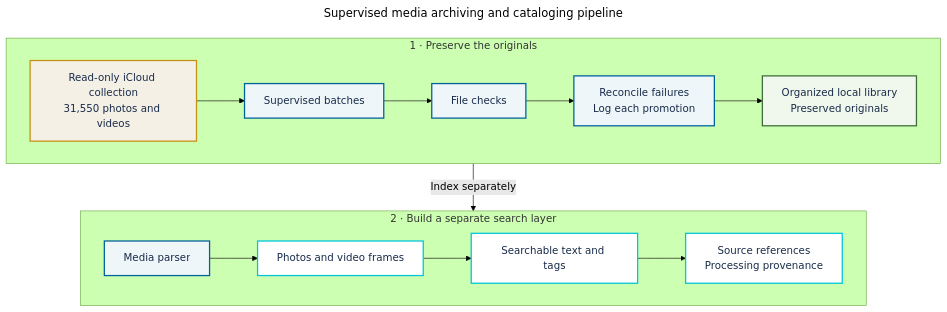
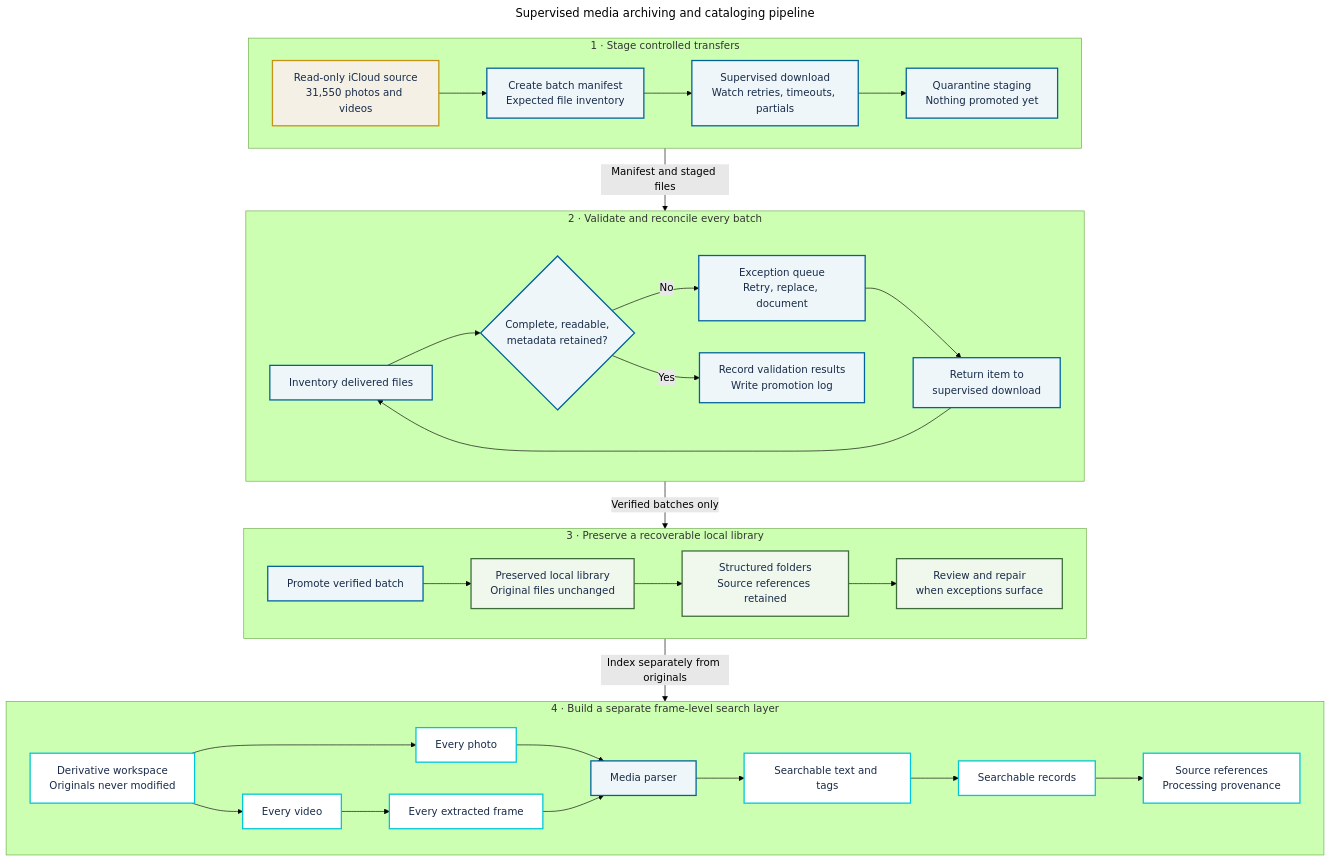
Before and after one commit to BoomerRawlings/boomerrawlings.com: the diagram in src/diagrams/media-archive.mmd, drawn with Mermaid (forest theme). The commit also changed 37 other files, not shown here.

```diff
--- a/src/diagrams/media-archive.mmd
+++ b/src/diagrams/media-archive.mmd
@@ -1,32 +1,56 @@
 ---
 title: Supervised media archiving and cataloging pipeline
 ---
 flowchart TB
   accTitle: Supervised media archiving and cataloging pipeline
-  accDescr: A read-only iCloud collection moves through supervised preservation checks before a separate indexing layer creates traceable search records.
+  accDescr: A read-only iCloud collection moves through supervised transfer, validation, repair, and preservation stages before a separate indexing layer creates source-linked records for every photo and video frame.
 
-  subgraph preservation["1 · Preserve the originals"]
+  subgraph transfer["1 · Stage controlled transfers"]
     direction LR
-    source["Read-only iCloud collection<br/>31,550 photos and videos"] --> batches["Supervised batches"]
-    batches --> checks["File checks"]
-    checks --> reconcile["Reconcile failures<br/>Log each promotion"]
-    reconcile --> library["Organized local library<br/>Preserved originals"]
+    source["Read-only iCloud source<br/>31,550 photos and videos"] --> manifest["Create batch manifest<br/>Expected file inventory"]
+    manifest --> download["Supervised download<br/>Watch retries, timeouts, partials"]
+    download --> staging["Quarantine staging<br/>Nothing promoted yet"]
   end
 
-  subgraph indexing["2 · Build a separate search layer"]
+  subgraph validation["2 · Validate and reconcile every batch"]
     direction LR
-    parser["Media parser"] --> frames["Photos and video frames"]
-    frames --> records["Searchable text and tags"]
+    inventory["Inventory delivered files"]
+    inventory --> decision{"Complete, readable,<br/>metadata retained?"}
+    decision -->|"No"| exceptions["Exception queue<br/>Retry, replace, document"]
+    exceptions --> retry["Return item to<br/>supervised download"]
+    retry --> inventory
+    decision -->|"Yes"| results["Record validation results<br/>Write promotion log"]
+  end
+
+  subgraph preservation["3 · Preserve a recoverable local library"]
+    direction LR
+    promote["Promote verified batch"] --> originals["Preserved local library<br/>Original files unchanged"]
+    originals --> organization["Structured folders<br/>Source references retained"]
+    organization --> recovery["Review and repair<br/>when exceptions surface"]
+  end
+
+  subgraph indexing["4 · Build a separate frame-level search layer"]
+    direction LR
+    derivatives["Derivative workspace<br/>Originals never modified"]
+    derivatives --> photos["Every photo"]
+    derivatives --> videos["Every video"]
+    videos --> frames["Every extracted frame"]
+    photos --> parser["Media parser"]
+    frames --> parser
+    parser --> observations["Searchable text and tags"]
+    observations --> records["Searchable records"]
     records --> provenance["Source references<br/>Processing provenance"]
   end
 
-  preservation -->|Index separately| indexing
+  transfer -->|"Manifest and staged files"| validation
+  validation -->|"Verified batches only"| preservation
+  preservation -->|"Index separately from originals"| indexing
 
   classDef source fill:#f4f0e6,stroke:#c69214,color:#182b49,stroke-width:2px
   classDef process fill:#eef6f9,stroke:#00629b,color:#182b49,stroke-width:2px
   classDef preserved fill:#f0f7ec,stroke:#3f6d3a,color:#182b49,stroke-width:2px
   classDef derived fill:#ffffff,stroke:#00c6d7,color:#182b49,stroke-width:2px
   class source source
-  class batches,checks,reconcile,parser process
-  class library preserved
-  class frames,records,provenance derived
+  class manifest,download,staging,inventory,decision,exceptions,retry,results,promote,parser process
+  class originals,organization,recovery preserved
+  class derivatives,photos,videos,frames,observations,records,provenance derived
```
